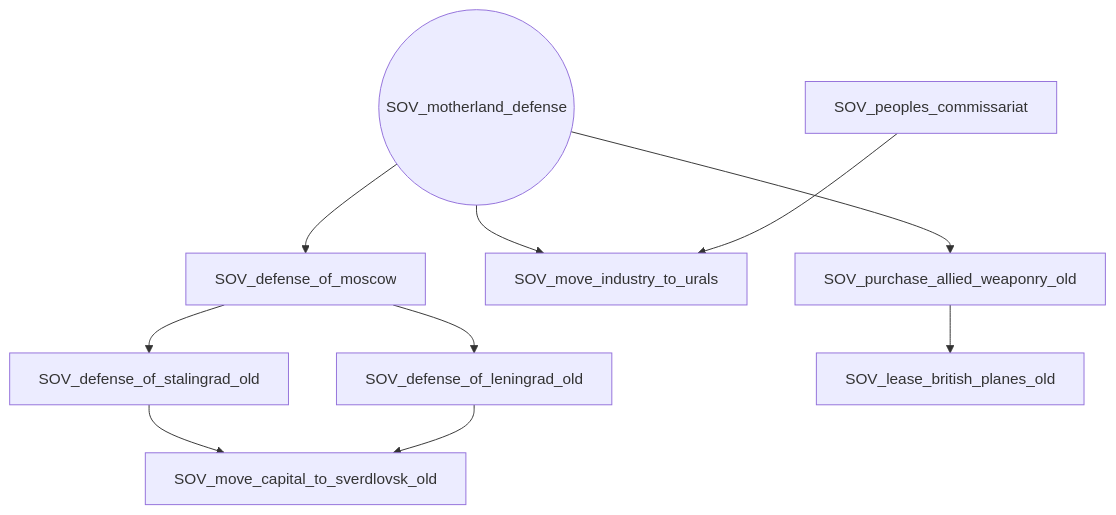
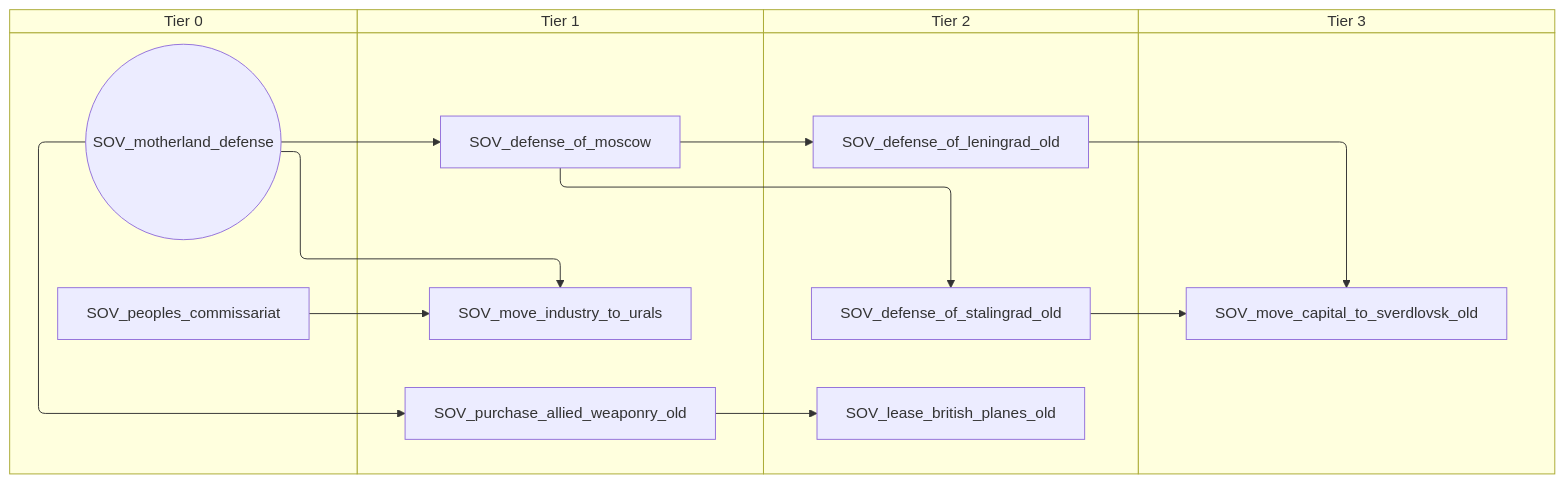
The sixth of 10 diagrams in docs/gdd/National Focuses/soviet_old.md (evgeny-sobol/hoi4-sandbox-mode-r56), drawn with Mermaid before and after one commit. The commit also changed other lines of this file and 423 other files, not shown here.

First line of the commit message:
Re-export Rt56 focus trees as swimlane diagrams

````diff
--- a/docs/gdd/National Focuses/soviet_old.md
+++ b/docs/gdd/National Focuses/soviet_old.md
@@ -556,21 +640,29 @@
 ```mermaid
-flowchart TD
-    n149["SOV_defense_of_leningrad_old"]
-    n150["SOV_defense_of_moscow"]
-    n151["SOV_defense_of_stalingrad_old"]
-    n152["SOV_lease_british_planes_old"]
-    n153(("SOV_motherland_defense"))
-    n154["SOV_move_capital_to_sverdlovsk_old"]
-    n155["SOV_move_industry_to_urals"]
-    n156["SOV_peoples_commissariat"]
-    n157["SOV_purchase_allied_weaponry_old"]
-    n150 --> n149
-    n153 --> n150
-    n150 --> n151
-    n157 --> n152
+swimlane-beta TD
+    subgraph tier_0["Tier 0"]
+        n149(("SOV_motherland_defense"))
+        n150["SOV_peoples_commissariat"]
+    end
+    subgraph tier_1["Tier 1"]
+        n151["SOV_defense_of_moscow"]
+        n152["SOV_move_industry_to_urals"]
+        n153["SOV_purchase_allied_weaponry_old"]
+    end
+    subgraph tier_2["Tier 2"]
+        n154["SOV_defense_of_leningrad_old"]
+        n155["SOV_defense_of_stalingrad_old"]
+        n156["SOV_lease_british_planes_old"]
+    end
+    subgraph tier_3["Tier 3"]
+        n157["SOV_move_capital_to_sverdlovsk_old"]
+    end
     n151 --> n154
-    n149 --> n154
-    n153 --> n155
-    n156 --> n155
-    n153 --> n157
+    n149 --> n151
+    n151 --> n155
+    n153 --> n156
+    n155 --> n157
+    n154 --> n157
+    n149 --> n152
+    n150 --> n152
+    n149 --> n153
 ```
````
